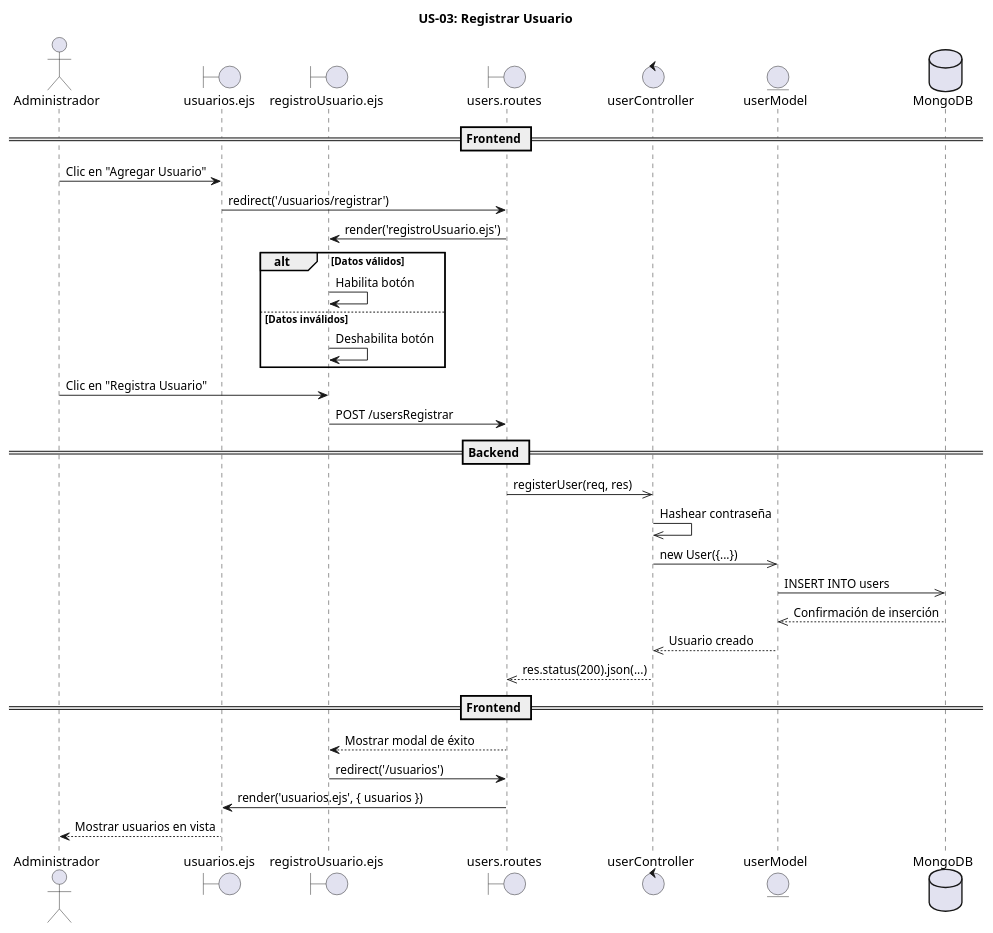
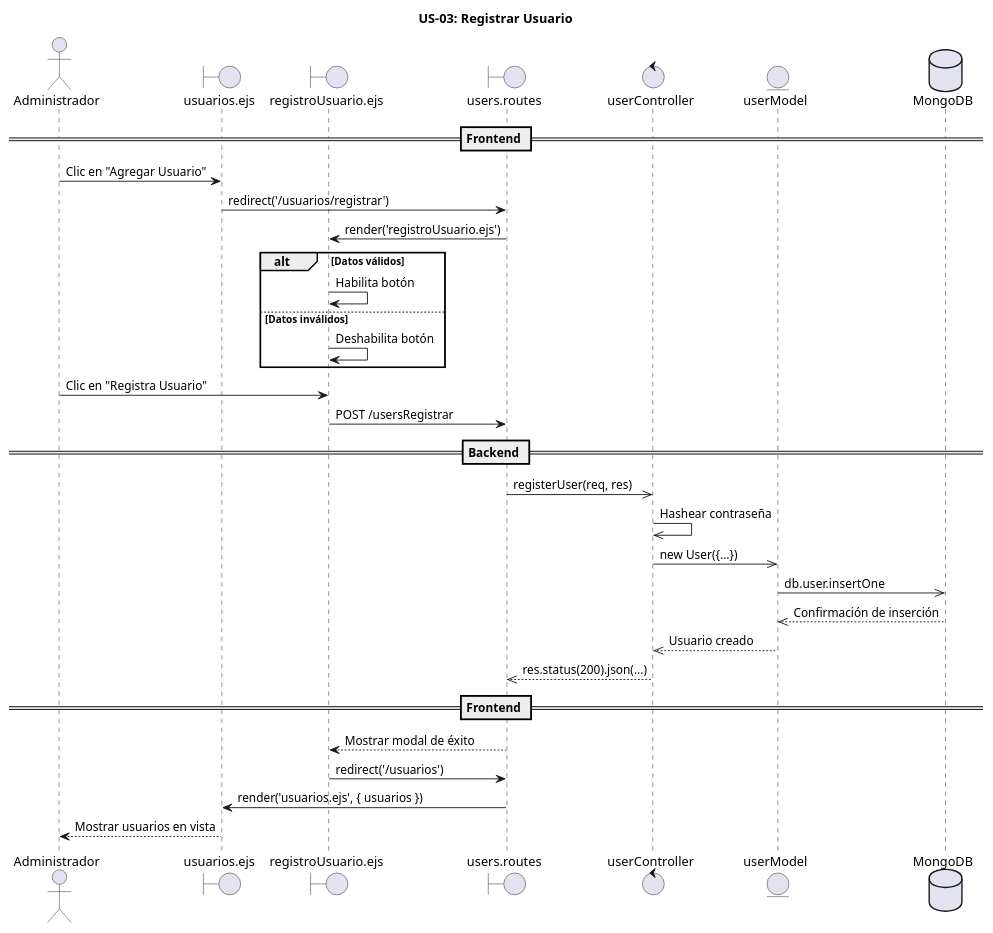
The diagram in MVP/US-03-registrarUsuario/US-03-registrarUsuario.puml (PIX3L-IT/dieselflow-dise-o), drawn with PlantUML before and after one commit. The commit also changed 3 other files, not shown here.

```diff
--- a/MVP/US-03-registrarUsuario/US-03-registrarUsuario.puml
+++ b/MVP/US-03-registrarUsuario/US-03-registrarUsuario.puml
@@ -1,44 +1,44 @@
 @startuml
 title US-03: Registrar Usuario
 
 actor Administrador
 
 boundary "usuarios.ejs" as VistaUsuarios
 boundary "registroUsuario.ejs" as VistaRegistro
 boundary "users.routes" as Router
 control "userController" as Controller
 entity "userModel" as Modelo
 database "MongoDB" as DB
 
 == Frontend ==
 Administrador -> VistaUsuarios : Clic en "Agregar Usuario"
 VistaUsuarios -> Router : redirect('/usuarios/registrar')
 Router -> VistaRegistro : render('registroUsuario.ejs')
 alt Datos válidos
   VistaRegistro -> VistaRegistro : Habilita botón
 else Datos inválidos
   VistaRegistro -> VistaRegistro : Deshabilita botón
 end
 
 Administrador -> VistaRegistro : Clic en "Registra Usuario"
 VistaRegistro -> Router : POST /usersRegistrar
 
 == Backend ==
 Router ->> Controller : registerUser(req, res)
 Controller ->> Controller : Hashear contraseña
 Controller ->> Modelo : new User({...})
 
-Modelo ->> DB : INSERT INTO users
+Modelo ->> DB : db.user.insertOne
 DB -->> Modelo : Confirmación de inserción
 Modelo -->> Controller : Usuario creado
 
 Controller -->> Router : res.status(200).json(...)
 
 == Frontend ==
 Router --> VistaRegistro : Mostrar modal de éxito
 
 VistaRegistro -> Router : redirect('/usuarios')
 Router -> VistaUsuarios : render('usuarios.ejs', { usuarios })
 VistaUsuarios --> Administrador : Mostrar usuarios en vista
 
 @enduml
```
